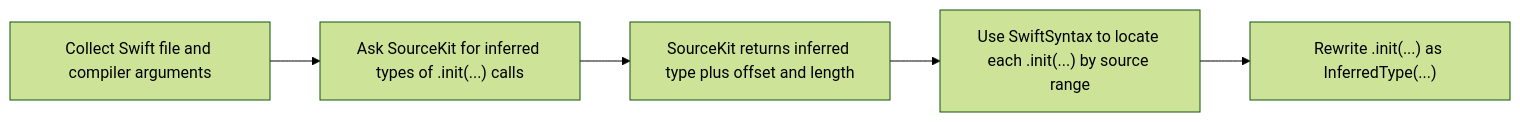
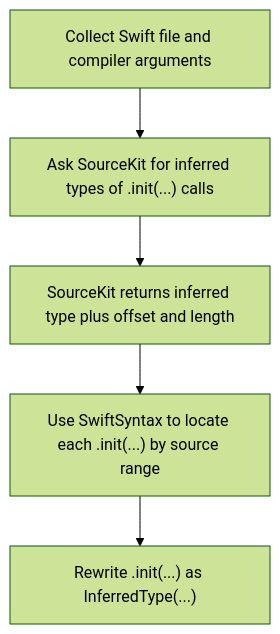
The second of 2 diagrams in src/content/posts/when-swifts-init-shorthand-gets-expensive.md (kaanbiryol/kaanbiryol.github.io), drawn with Mermaid (forest theme) before and after one commit. The commit also changed other lines of this file and 8 other files, not shown here.

````diff
--- a/src/content/posts/when-swifts-init-shorthand-gets-expensive.md
+++ b/src/content/posts/when-swifts-init-shorthand-gets-expensive.md
@@ -141,10 +153,10 @@
 ```mermaid
-flowchart LR
+flowchart TB
     A["Collect Swift file and compiler arguments"]
     B["Ask SourceKit for inferred types of .init(...) calls"]
     C["SourceKit returns inferred type plus offset and length"]
     D["Use SwiftSyntax to locate each .init(...) by source range"]
     E["Rewrite .init(...) as InferredType(...)"]
 
     A --> B --> C --> D --> E
 ```
````
